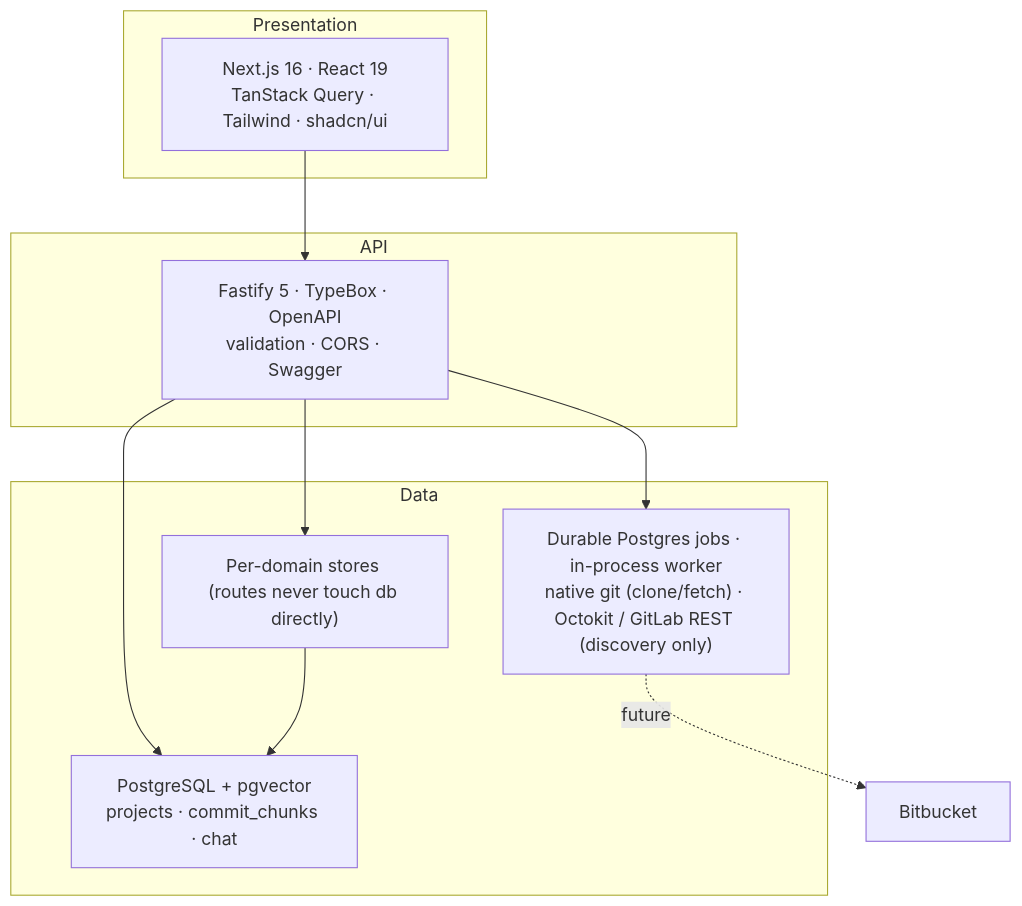
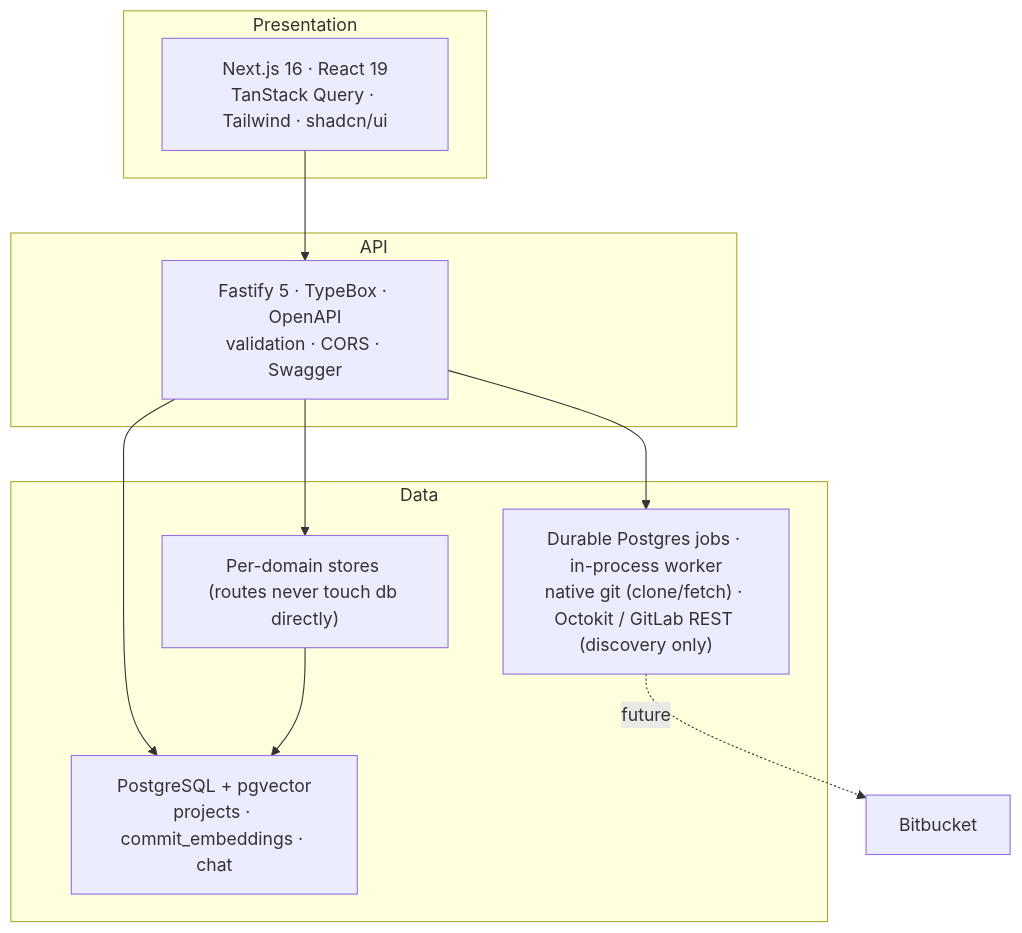
The first of 5 diagrams in docs/architecture.md (franciscoluna-28/Scrapecat), drawn with Mermaid before and after one commit. The commit also changed other lines of this file and 8 other files, not shown here.

````diff
--- a/docs/architecture.md
+++ b/docs/architecture.md
@@ -9,18 +9,18 @@
 ```mermaid
 flowchart TB
     subgraph P["Presentation"]
         FE["Next.js 16 · React 19<br/>TanStack Query · Tailwind · shadcn/ui"]
     end
     subgraph A["API"]
         API["Fastify 5 · TypeBox · OpenAPI<br/>validation · CORS · Swagger"]
     end
     subgraph D["Data"]
-        PG["PostgreSQL + pgvector<br/>projects · commit_chunks · chat"]
+        PG["PostgreSQL + pgvector<br/>projects · commit_embeddings · chat"]
         STORE["Per-domain stores (routes never touch db directly)"]
         INFRA["Durable Postgres jobs · in-process worker<br/>native git (clone/fetch) · Octokit / GitLab REST (discovery only)"]
     end
     FE --> API --> PG
     API --> STORE --> PG
     API --> INFRA
     INFRA -.->|future| EXT["Bitbucket"]
 ```
````
